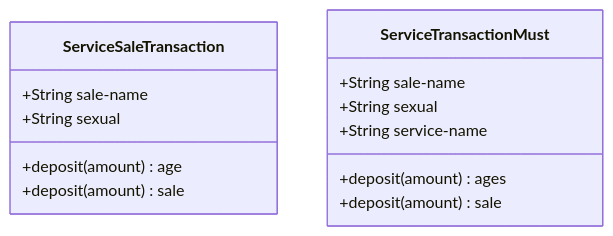
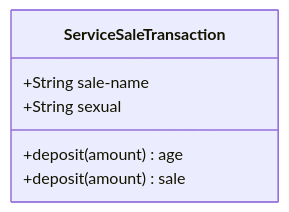
The first of 3 diagrams in cobolsampleflow.md (sakuriver/DocumentManagement), drawn with Mermaid before and after one commit.

````diff
--- a/cobolsampleflow.md
+++ b/cobolsampleflow.md
@@ -6,18 +6,12 @@
 ```mermaid
 
 classDiagram
     class ServiceSaleTransaction
     ServiceSaleTransaction : +String sale-name
     ServiceSaleTransaction : +String sexual
     ServiceSaleTransaction : +deposit(amount) age
     ServiceSaleTransaction : +deposit(amount) sale
 
-    class ServiceTransactionMust
-    ServiceTransactionMust : +String sale-name
-    ServiceTransactionMust : +String sexual
-    ServiceTransactionMust : +deposit(amount) ages
-    ServiceTransactionMust : +deposit(amount) sale
-    ServiceTransactionMust : +String service-name 
 
 
 ```
````
